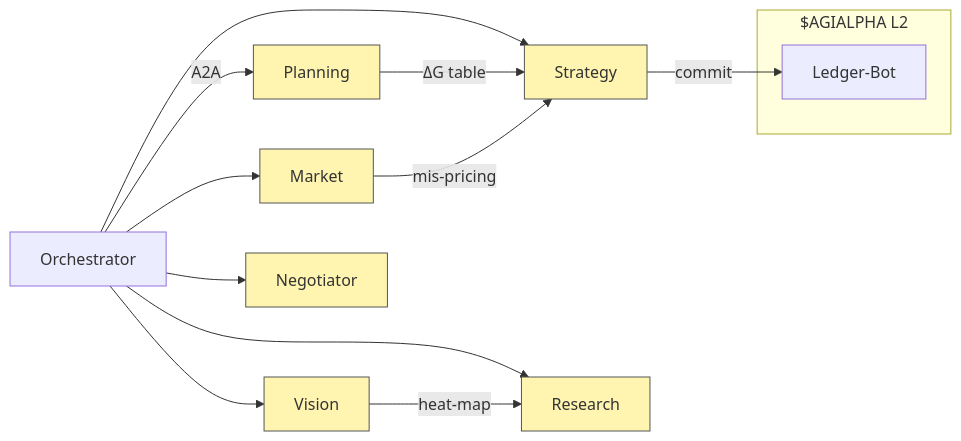
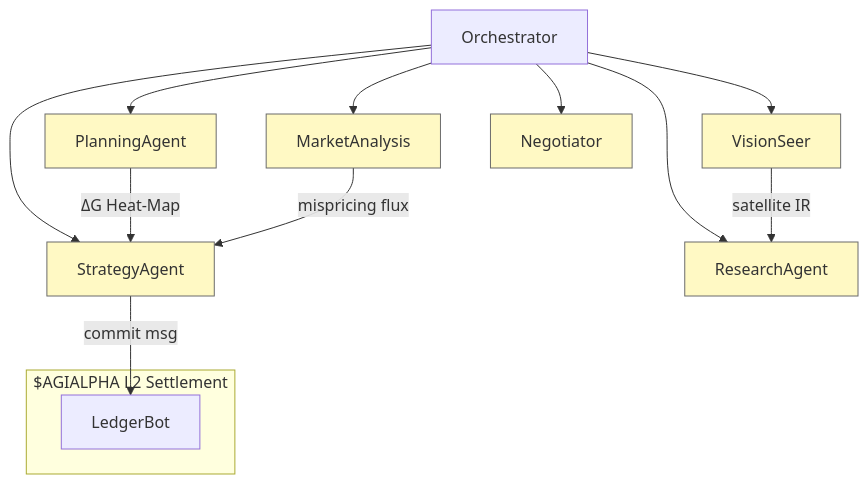
The diagram in alpha_factory_v1/demos/alpha_agi_business_3_v1/README.md (vishalbelsare/AGI-Alpha-Agent-v0), drawn with Mermaid before and after one commit. The commit also changed other lines of this file, not shown here.

````diff
--- a/alpha_factory_v1/demos/alpha_agi_business_3_v1/README.md
+++ b/alpha_factory_v1/demos/alpha_agi_business_3_v1/README.md
@@ -66,18 +72,18 @@
 ```mermaid
-flowchart LR
-  subgraph L2["$AGIALPHA L2"]
-    LedgerBot[Ledger‑Bot]
-  end
-  Orchestrator -->|A2A| Planning
-  Orchestrator --> Strategy
-  Orchestrator --> Market
-  Orchestrator --> Research
-  Orchestrator --> Vision
-  Orchestrator --> Negotiator
-  Planning -- ΔG table --> Strategy
-  Strategy -- commit --> LedgerBot
-  Market -- mis‑pricing --> Strategy
-  Vision -- heat‑map --> Research
-  classDef agent fill:#FFF5B1,stroke:#555,stroke-width:1px;
-  class Planning,Strategy,Market,Research,Vision,Negotiator agent
+flowchart TB
+    subgraph L2["$AGIALPHA L2 Settlement"]
+        LedgerBot[LedgerBot]
+    end
+    Orchestrator-->Planning[PlanningAgent]
+    Orchestrator-->Strategy[StrategyAgent]
+    Orchestrator-->Market[MarketAnalysis]
+    Orchestrator-->Research[ResearchAgent]
+    Orchestrator-->Vision[VisionSeer]
+    Orchestrator-->Negotiator[Negotiator]
+    Planning -- ΔG Heat‑Map --> Strategy
+    Market -- mispricing flux --> Strategy
+    Vision -- satellite IR --> Research
+    Strategy -- commit msg --> LedgerBot
+    classDef agent fill:#fff9c4,stroke:#6b6b6b
+    class Planning,Strategy,Market,Research,Vision,Negotiator agent
 ```
````
